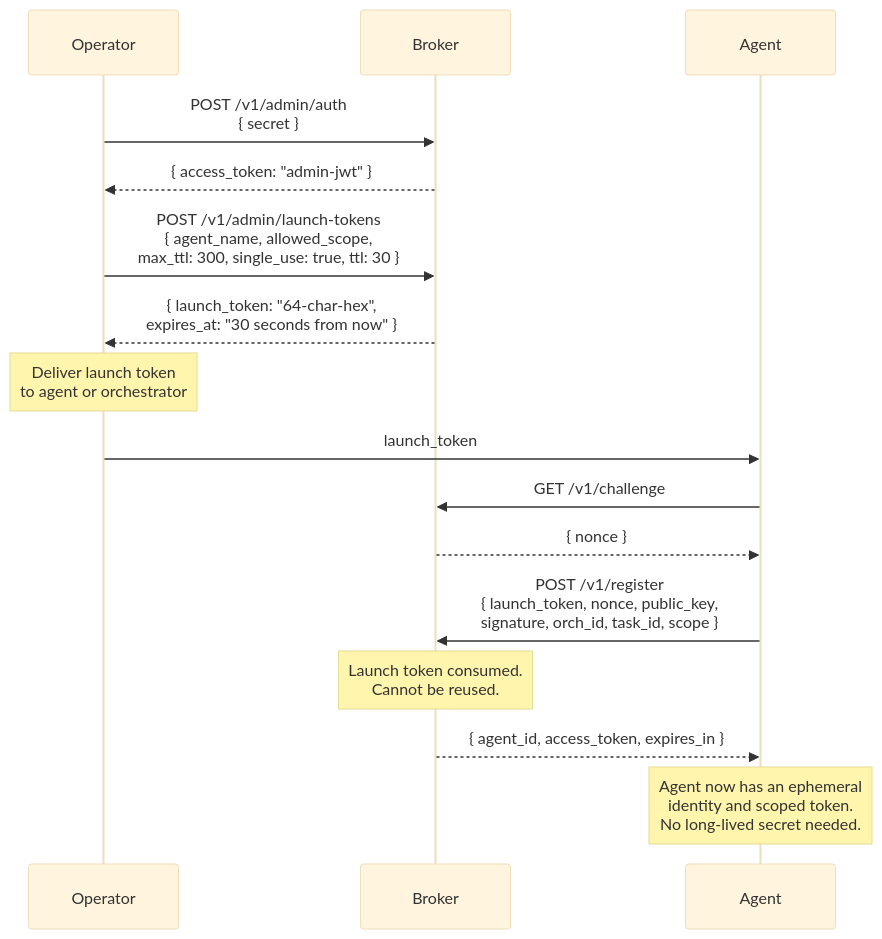
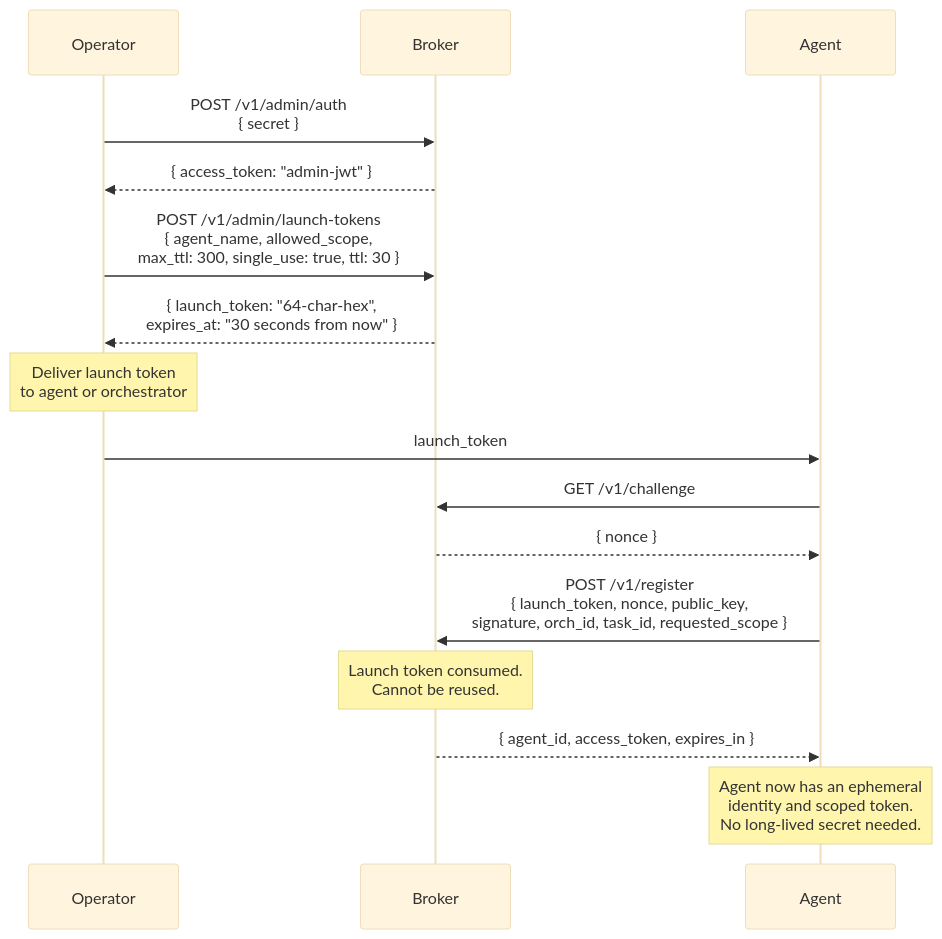
Before and after one commit to devonartis/agentwrit: the tenth of 10 diagrams in docs/concepts.md, drawn with Mermaid (base theme). The commit also changed 6 other files, not shown here.

````diff
--- a/docs/concepts.md
+++ b/docs/concepts.md
@@ -487,25 +487,25 @@
 ```mermaid
 sequenceDiagram
     participant Admin as Operator
     participant Broker
     participant Agent
 
     Admin->>Broker: POST /v1/admin/auth<br/>{ secret }
     Broker-->>Admin: { access_token: "admin-jwt" }
 
     Admin->>Broker: POST /v1/admin/launch-tokens<br/>{ agent_name, allowed_scope,<br/>max_ttl: 300, single_use: true, ttl: 30 }
     Broker-->>Admin: { launch_token: "64-char-hex",<br/>expires_at: "30 seconds from now" }
 
     Note over Admin: Deliver launch token<br/>to agent or orchestrator
 
     Admin->>Agent: launch_token
 
     Agent->>Broker: GET /v1/challenge
     Broker-->>Agent: { nonce }
 
-    Agent->>Broker: POST /v1/register<br/>{ launch_token, nonce, public_key,<br/>signature, orch_id, task_id, scope }
+    Agent->>Broker: POST /v1/register<br/>{ launch_token, nonce, public_key,<br/>signature, orch_id, task_id, requested_scope }
     Note over Broker: Launch token consumed.<br/>Cannot be reused.
     Broker-->>Agent: { agent_id, access_token, expires_in }
 
     Note over Agent: Agent now has an ephemeral<br/>identity and scoped token.<br/>No long-lived secret needed.
 ```
````
